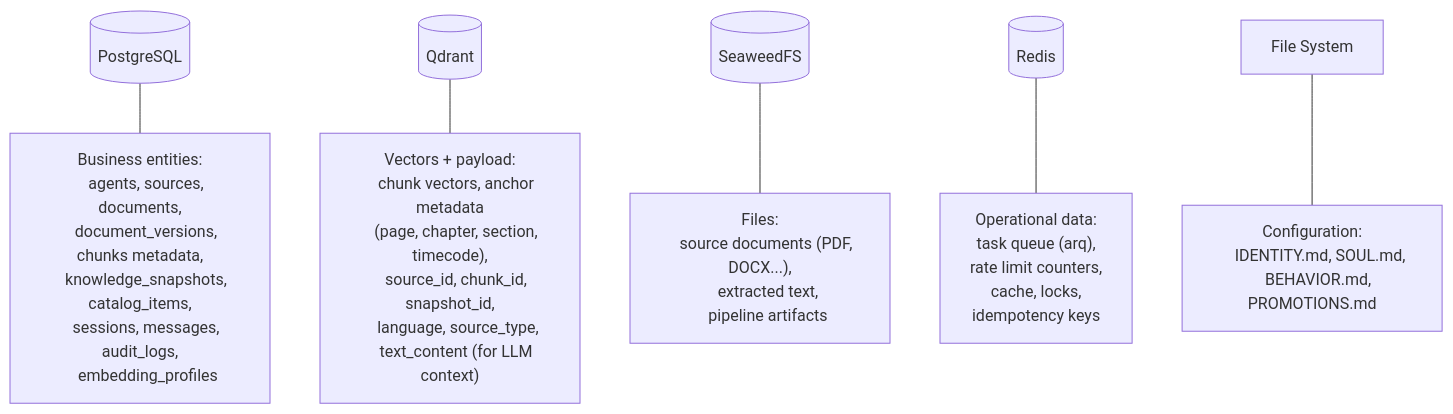
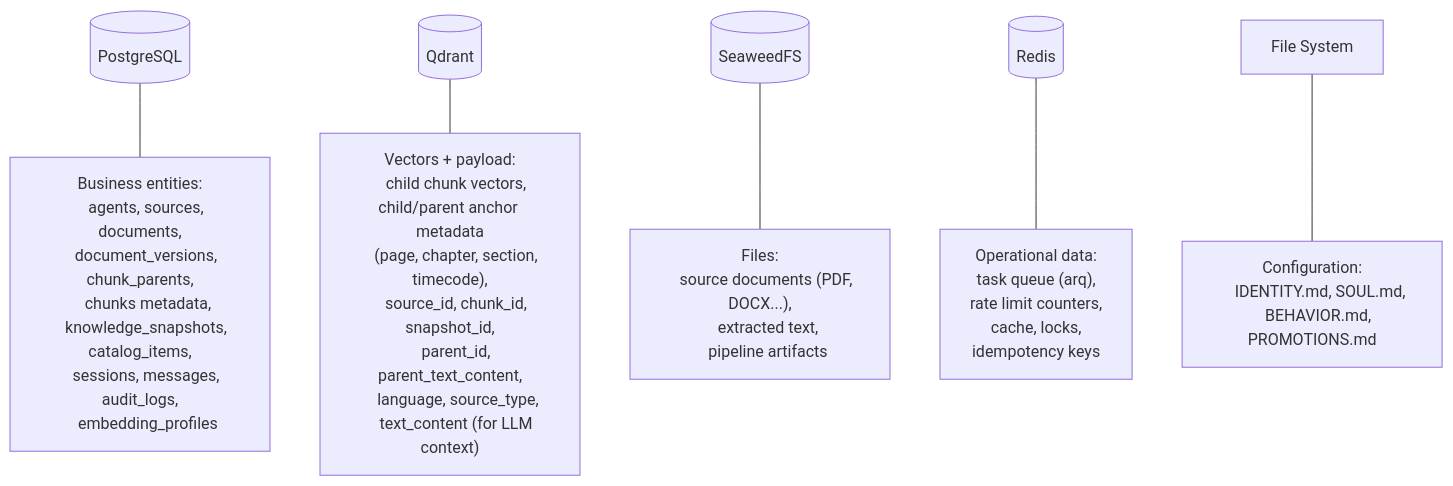
The sixth of 8 diagrams in docs/architecture.md (itechmeat/proxymind), drawn with Mermaid before and after one commit. The commit also changed other lines of this file and 47 other files, not shown here.

Commit message:
feat(rag): implement parent-child chunking for long-form ingestion

````diff
--- a/docs/architecture.md
+++ b/docs/architecture.md
@@ -256,37 +258,39 @@
 ```mermaid
 graph TB
     PG[(PostgreSQL)]
     Q[(Qdrant)]
     M[(SeaweedFS)]
     R[(Redis)]
     FS[File System]
 
     PG --- pg_data["Business entities:
     agents, sources, documents,
-    document_versions, chunks metadata,
+    document_versions, chunk_parents,
+    chunks metadata,
     knowledge_snapshots, catalog_items,
     sessions, messages, audit_logs,
     embedding_profiles"]
 
     Q --- q_data["Vectors + payload:
-    chunk vectors, anchor metadata
+    child chunk vectors, child/parent anchor metadata
     (page, chapter, section, timecode),
     source_id, chunk_id, snapshot_id,
+    parent_id, parent_text_content,
     language, source_type,
     text_content (for LLM context)"]
 
     M --- m_data["Files:
     source documents (PDF, DOCX...),
     extracted text,
     pipeline artifacts"]
 
     R --- r_data["Operational data:
     task queue (arq),
     rate limit counters,
     cache, locks,
     idempotency keys"]
 
     FS --- fs_data["Configuration:
     IDENTITY.md, SOUL.md,
     BEHAVIOR.md, PROMOTIONS.md"]
 ```
````
